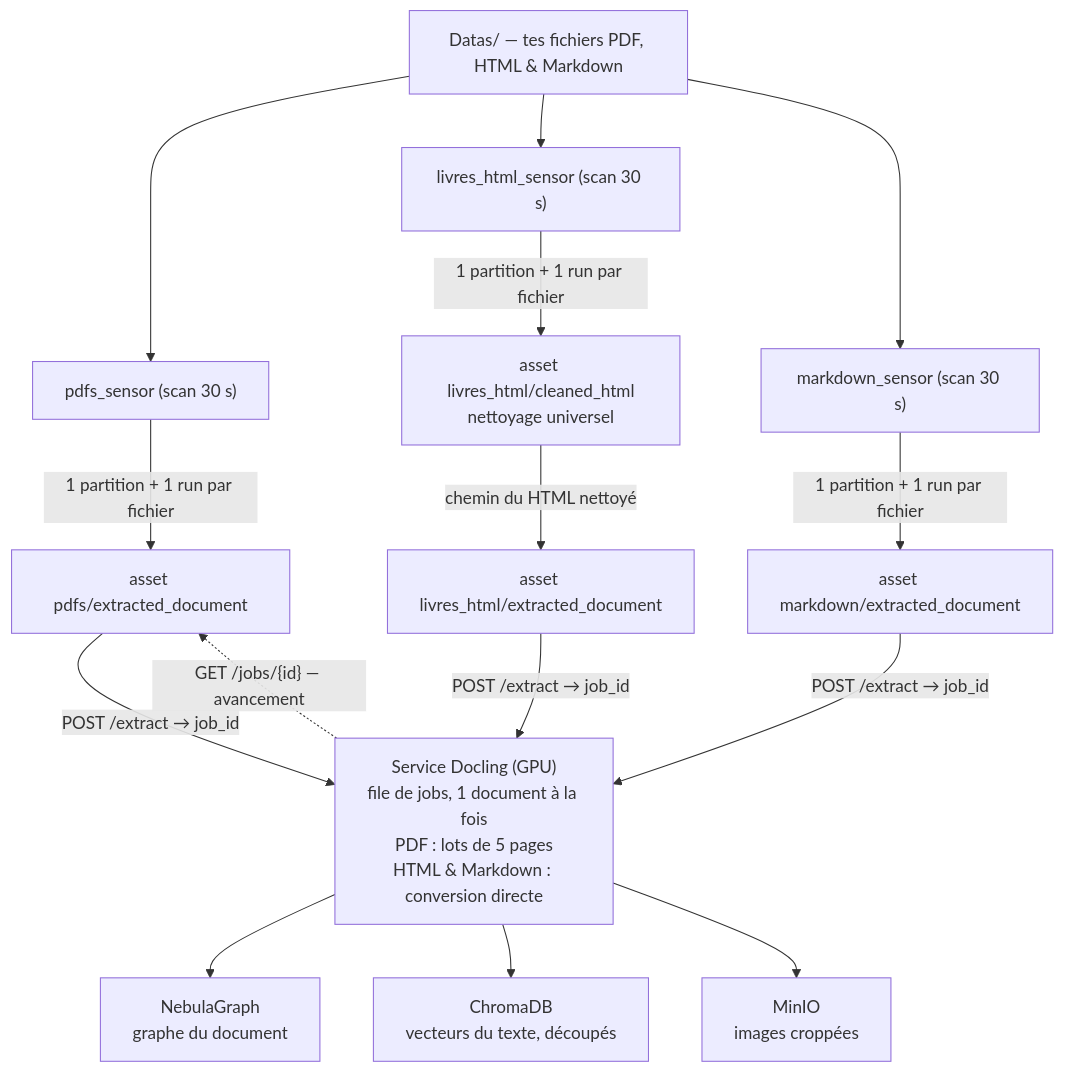
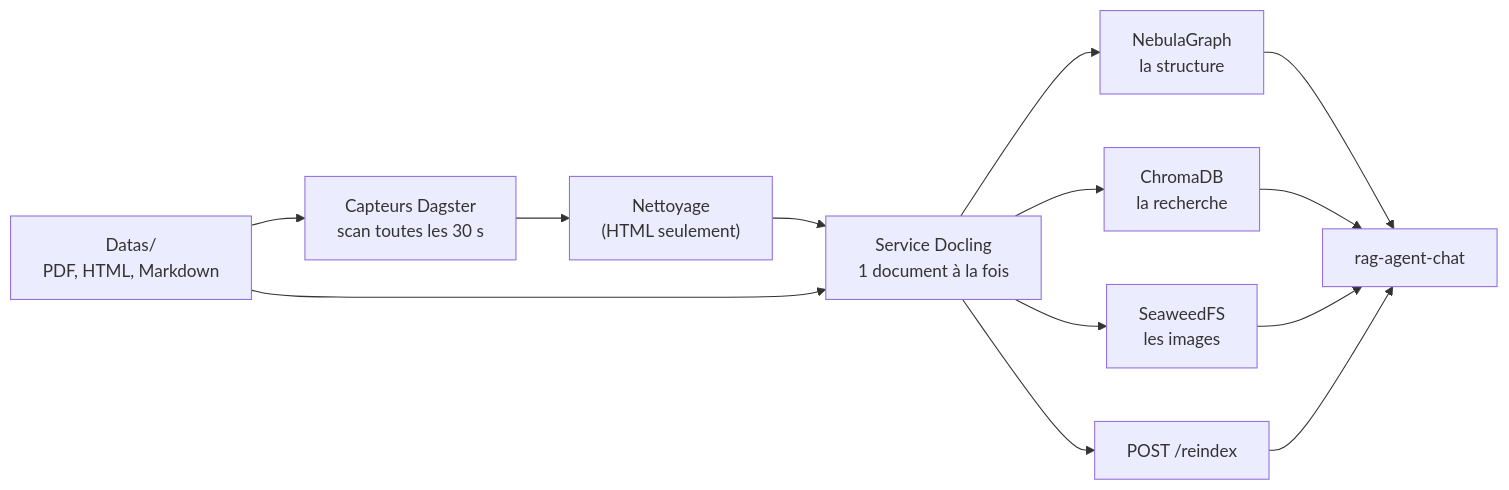
Before and after one commit to floSa/rag-ingestion-pipeline: the diagram in README.md, drawn with Mermaid. The commit also changed other lines of this file and 3 other files, not shown here.

````diff
--- a/README.md
+++ b/README.md
@@ -23,17 +46,15 @@
 ```mermaid
-flowchart TD
-    A["Datas/ — tes fichiers PDF, HTML & Markdown"] --> S1["pdfs_sensor (scan 30 s)"]
-    A --> S2["livres_html_sensor (scan 30 s)"]
-    A --> S3["markdown_sensor (scan 30 s)"]
-    S1 -- "1 partition + 1 run par fichier" --> E1["asset pdfs/extracted_document"]
-    S3 -- "1 partition + 1 run par fichier" --> E3["asset markdown/extracted_document"]
-    S2 -- "1 partition + 1 run par fichier" --> C["asset livres_html/cleaned_html<br/>nettoyage universel"]
-    C -- "chemin du HTML nettoyé" --> E2["asset livres_html/extracted_document"]
-    E1 -- "POST /extract → job_id" --> D["Service Docling (GPU)<br/>file de jobs, 1 document à la fois<br/>PDF : lots de 5 pages<br/>HTML & Markdown : conversion directe"]
-    E2 -- "POST /extract → job_id" --> D
-    E3 -- "POST /extract → job_id" --> D
-    D -. "GET /jobs/{id} — avancement" .-> E1
-    D --> N["NebulaGraph<br/>graphe du document"]
-    D --> V["ChromaDB<br/>vecteurs du texte, découpés"]
-    D --> M["MinIO<br/>images croppées"]
+flowchart LR
+    A["Datas/<br/>PDF, HTML, Markdown"] --> S["Capteurs Dagster<br/>scan toutes les 30 s"]
+    S --> C["Nettoyage<br/>(HTML seulement)"]
+    C --> D["Service Docling<br/>1 document à la fois"]
+    A --> D
+    D --> N["NebulaGraph<br/>la structure"]
+    D --> V["ChromaDB<br/>la recherche"]
+    D --> M["SeaweedFS<br/>les images"]
+    D --> R["POST /reindex"]
+    N --> AG["rag-agent-chat"]
+    V --> AG
+    M --> AG
+    R --> AG
 ```
````
